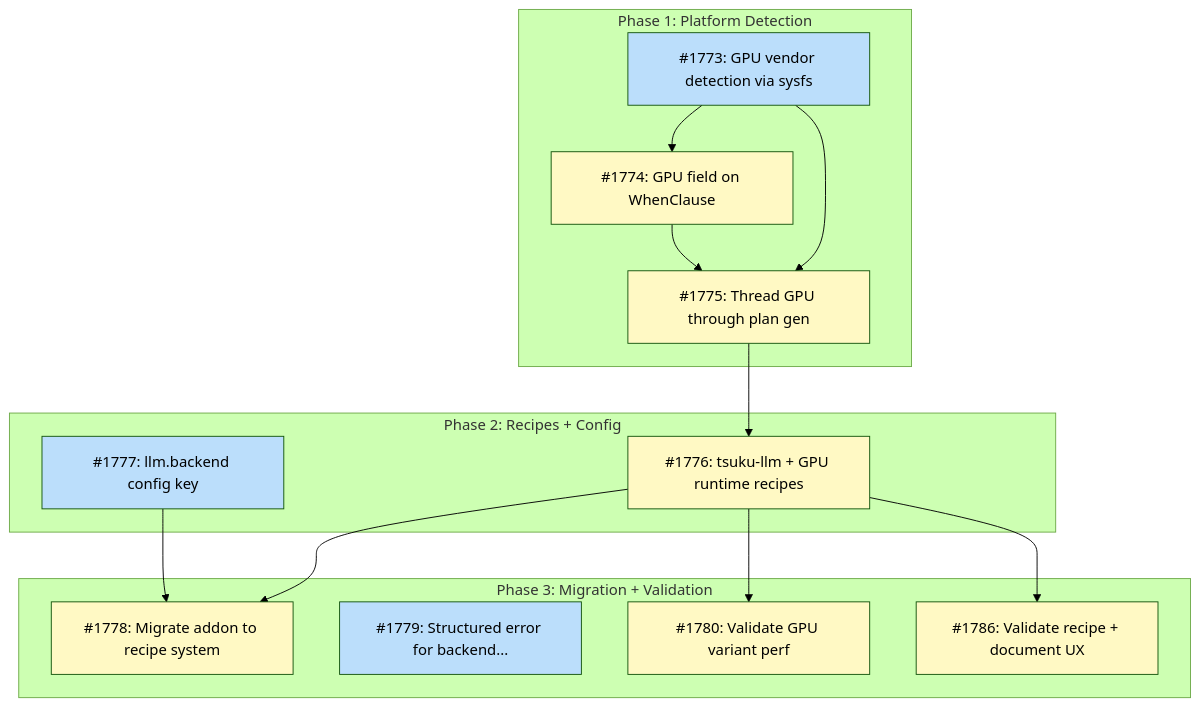
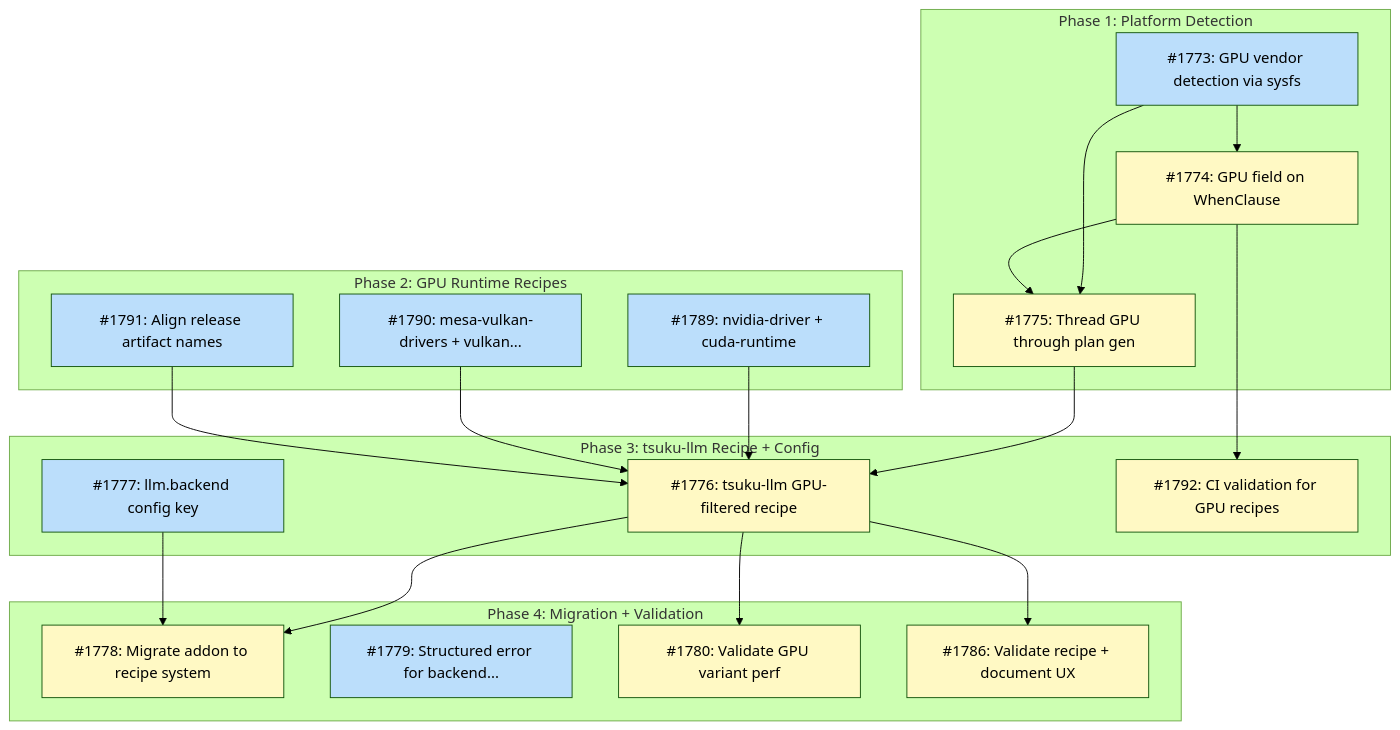
The diagram in docs/designs/DESIGN-gpu-backend-selection.md (tsukumogami/tsuku), drawn with Mermaid (forest theme) before and after one commit. The commit also changed other lines of this file, not shown here.

Commit message:
docs(design): add GPU runtime recipe issues to implementation plan
Add #1789 (nvidia-driver + cuda-runtime), #1790 (mesa-vulkan-drivers +
vulkan-loader), #1791 (release artifact alignment), and #1792 (CI
validation) to the Implementation Issues table and dependency diagram.
Narrow #1776 to tsuku-llm recipe only with dependencies on the new
runtime recipe issues. Reorganize phases to reflect the build order.

````diff
--- a/docs/designs/DESIGN-gpu-backend-selection.md
+++ b/docs/designs/DESIGN-gpu-backend-selection.md
@@ -64,38 +72,49 @@
 ```mermaid
 graph TD
     subgraph Phase1["Phase 1: Platform Detection"]
         I1773["#1773: GPU vendor detection via sysfs"]
         I1774["#1774: GPU field on WhenClause"]
         I1775["#1775: Thread GPU through plan gen"]
     end
 
-    subgraph Phase2["Phase 2: Recipes + Config"]
-        I1776["#1776: tsuku-llm + GPU runtime recipes"]
-        I1777["#1777: llm.backend config key"]
+    subgraph Phase2["Phase 2: GPU Runtime Recipes"]
+        I1789["#1789: nvidia-driver + cuda-runtime"]
+        I1790["#1790: mesa-vulkan-drivers + vulkan..."]
+        I1791["#1791: Align release artifact names"]
     end
 
-    subgraph Phase3["Phase 3: Migration + Validation"]
+    subgraph Phase3["Phase 3: tsuku-llm Recipe + Config"]
+        I1776["#1776: tsuku-llm GPU-filtered recipe"]
+        I1777["#1777: llm.backend config key"]
+        I1792["#1792: CI validation for GPU recipes"]
+    end
+
+    subgraph Phase4["Phase 4: Migration + Validation"]
         I1778["#1778: Migrate addon to recipe system"]
         I1779["#1779: Structured error for backend..."]
         I1780["#1780: Validate GPU variant perf"]
         I1786["#1786: Validate recipe + document UX"]
     end
 
     I1773 --> I1774
     I1773 --> I1775
     I1774 --> I1775
+    I1774 --> I1792
     I1775 --> I1776
+    I1789 --> I1776
+    I1790 --> I1776
+    I1791 --> I1776
     I1776 --> I1778
     I1777 --> I1778
     I1776 --> I1780
     I1776 --> I1786
 
     classDef done fill:#c8e6c9
     classDef ready fill:#bbdefb
     classDef blocked fill:#fff9c4
     classDef needsDesign fill:#e1bee7
     classDef tracksDesign fill:#FFE0B2,stroke:#F57C00,color:#000
 
-    class I1773,I1777,I1779 ready
-    class I1774,I1775,I1776,I1778,I1780,I1786 blocked
+    class I1773,I1777,I1779,I1789,I1790,I1791 ready
+    class I1774,I1775,I1776,I1778,I1780,I1786,I1792 blocked
 ```
````
